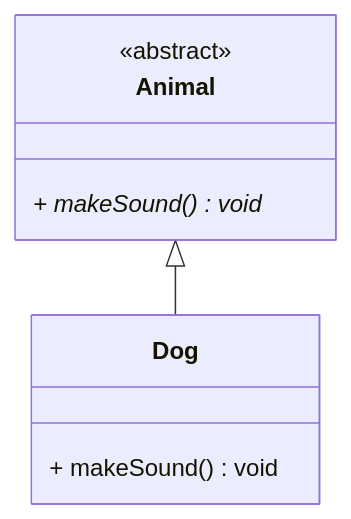
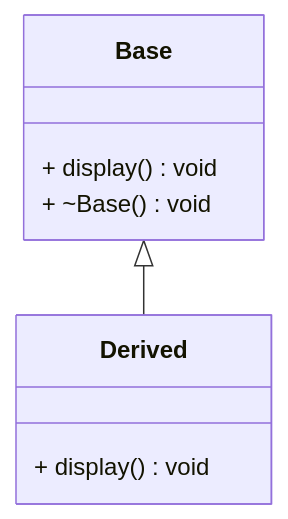
The second of 9 diagrams in 02_OOP/03_Abstraction/Readme.md (Apisteftos/QtTutorialCpp), drawn with Mermaid before and after one commit. The commit also changed other lines of this file, not shown here.

Commit message:
feat: updating the readme.md with mermaid visualisation

````diff
--- a/02_OOP/03_Abstraction/Readme.md
+++ b/02_OOP/03_Abstraction/Readme.md
@@ -188,11 +136,11 @@
 ```mermaid
 classDiagram
-    class Animal {
-        <<abstract>>
-        + makeSound() void*
+    class Base {
+        + display() void
+        + ~Base() void
     }
-    class Dog {
-        + makeSound() void
+    class Derived {
+        + display() void
     }
-    Animal <|-- Dog
+    Base <|-- Derived
 ```
````
